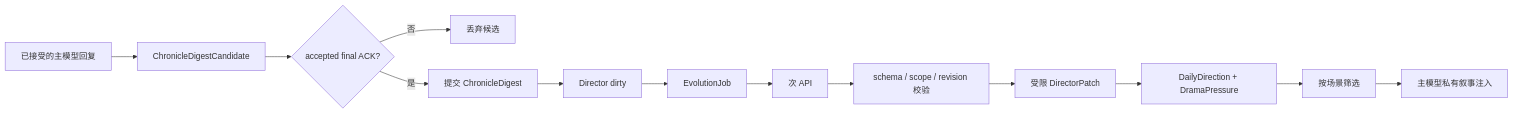
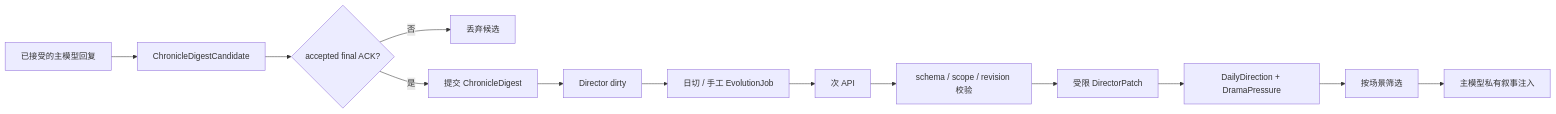
One commit to a1415102876-alt/Hatsuboshi_test3 changed the first of 2 diagrams in docs/superpowers/specs/2026-07-12-world-director-engine-design.md. Above: the diagram before and after it, drawn with Mermaid. The commit also changed other lines of this file and 33 other files, not shown here.

````diff
--- a/docs/superpowers/specs/2026-07-12-world-director-engine-design.md
+++ b/docs/superpowers/specs/2026-07-12-world-director-engine-design.md
@@ -36,15 +36,15 @@
 ```mermaid
 flowchart LR
     Reply["已接受的主模型回复"] --> Candidate["ChronicleDigestCandidate"]
     Candidate --> Ack{"accepted final ACK?"}
     Ack -- 否 --> Drop["丢弃候选"]
     Ack -- 是 --> Digest["提交 ChronicleDigest"]
     Digest --> Dirty["Director dirty"]
-    Dirty --> Job["EvolutionJob"]
+    Dirty --> Job["日切 / 手工 EvolutionJob"]
     Job --> Secondary["次 API"]
     Secondary --> Validate["schema / scope / revision 校验"]
     Validate --> Patch["受限 DirectorPatch"]
     Patch --> DirectorState["DailyDirection + DramaPressure"]
     DirectorState --> Select["按场景筛选"]
     Select --> Prompt["主模型私有叙事注入"]
 ```
````
